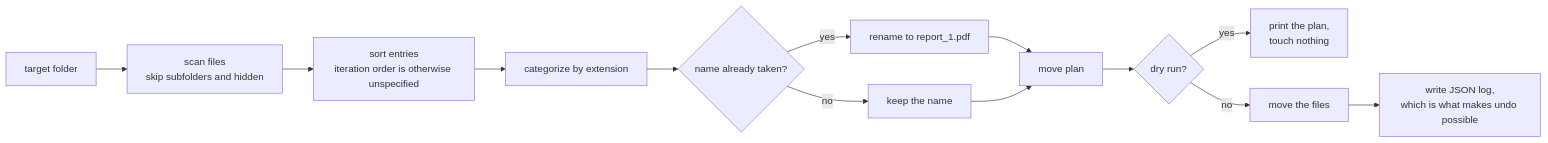
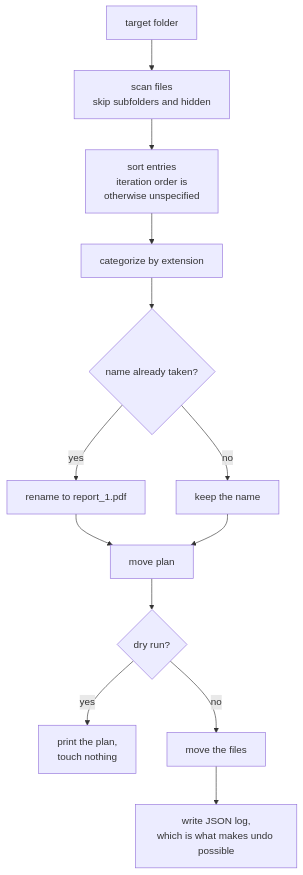
One commit to ryanwien/Portfolio2026 changed the diagram in file-organizer/README.md. Above: the diagram before and after it, drawn with Mermaid. The commit also changed 1 other file, not shown here.

Commit message:
Turn the two long diagrams top down so they stay readable
Viewed on GitHub, the file organizer and house price flows ran wider than
the page and got scaled down to fit. Text shrank with them, and one label
was clipped mid word. Top down keeps the boxes at full size.

````diff
--- a/file-organizer/README.md
+++ b/file-organizer/README.md
@@ -56,15 +56,15 @@
 ```mermaid
-flowchart LR
+flowchart TD
   IN["target folder"] --> SCAN["scan files<br>skip subfolders and hidden"]
-  SCAN --> SORT["sort entries<br>iteration order is otherwise unspecified"]
+  SCAN --> SORT["sort entries<br>iteration order is<br>otherwise unspecified"]
   SORT --> CAT["categorize by extension"]
   CAT --> COL{"name already taken?"}
   COL -->|yes| REN["rename to report_1.pdf"]
   COL -->|no| KEEP["keep the name"]
   REN --> PLAN["move plan"]
   KEEP --> PLAN
   PLAN --> DRY{"dry run?"}
   DRY -->|yes| PRINT["print the plan,<br>touch nothing"]
   DRY -->|no| MOVE["move the files"]
   MOVE --> LOG["write JSON log,<br>which is what makes undo possible"]
 ```
````
